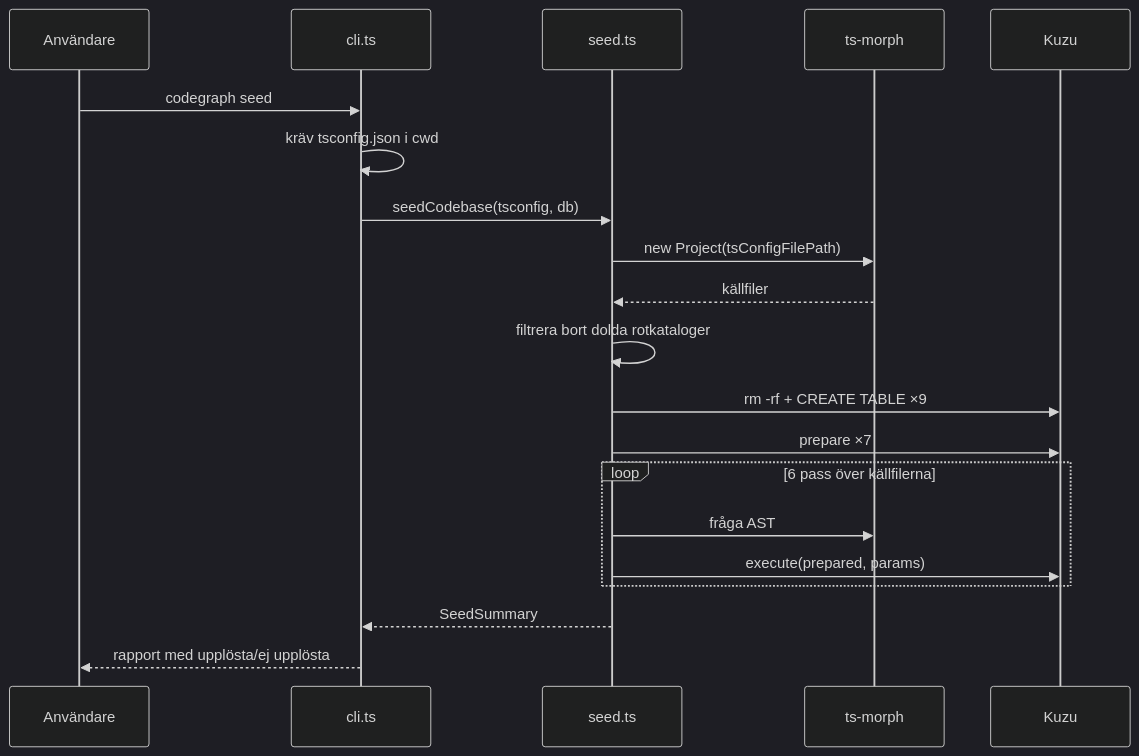
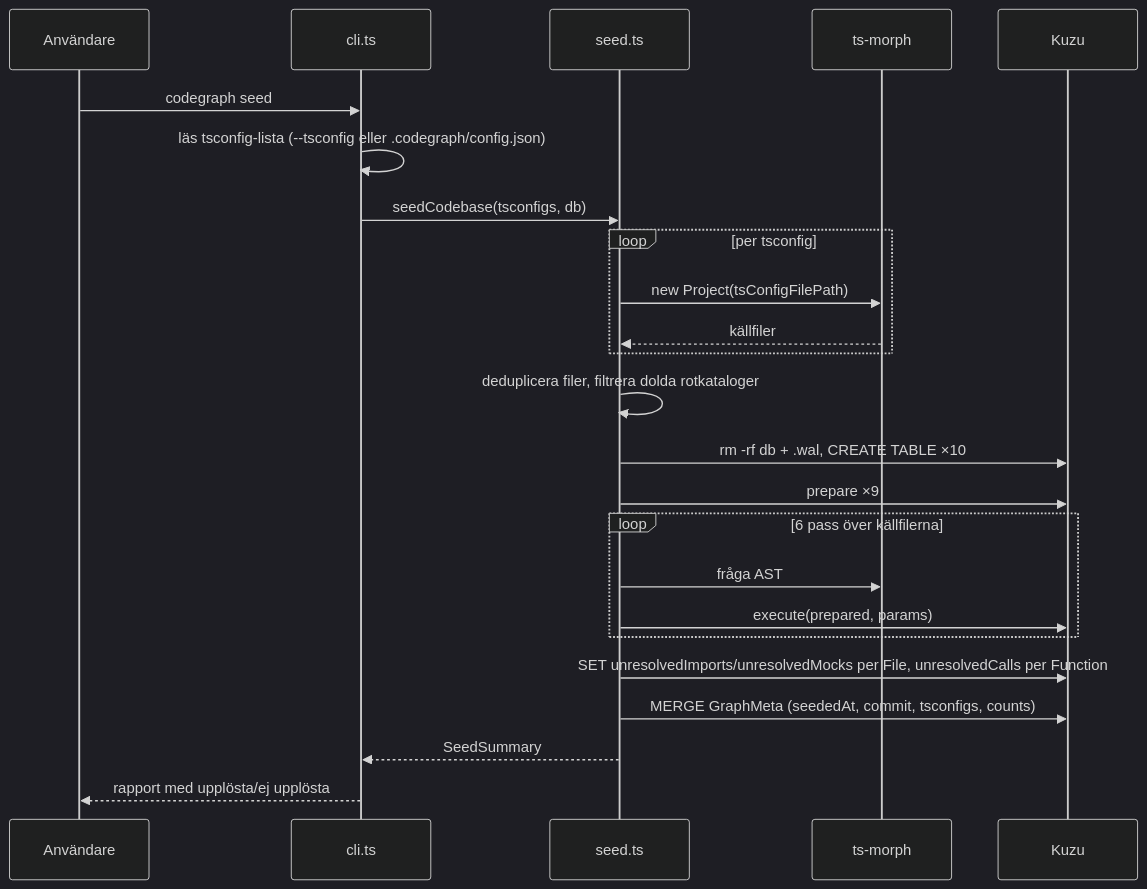
Before and after one commit to tullanders/CodeGraph: the third of 4 diagrams in docs/architecture.md, drawn with Mermaid (dark theme). The commit also changed other lines of this file, not shown here.

Commit message:
docs: update architecture document for the reader-router work

````diff
--- a/docs/architecture.md
+++ b/docs/architecture.md
@@ -181,23 +239,27 @@
 ```mermaid
 sequenceDiagram
     participant U as Användare
     participant C as cli.ts
     participant S as seed.ts
     participant M as ts-morph
     participant K as Kuzu
 
     U->>C: codegraph seed
-    C->>C: kräv tsconfig.json i cwd
-    C->>S: seedCodebase(tsconfig, db)
-    S->>M: new Project(tsConfigFilePath)
-    M-->>S: källfiler
-    S->>S: filtrera bort dolda rotkataloger
-    S->>K: rm -rf + CREATE TABLE ×9
-    S->>K: prepare ×7
+    C->>C: läs tsconfig-lista (--tsconfig eller .codegraph/config.json)
+    C->>S: seedCodebase(tsconfigs, db)
+    loop per tsconfig
+        S->>M: new Project(tsConfigFilePath)
+        M-->>S: källfiler
+    end
+    S->>S: deduplicera filer, filtrera dolda rotkataloger
+    S->>K: rm -rf db + .wal, CREATE TABLE ×10
+    S->>K: prepare ×9
     loop 6 pass över källfilerna
         S->>M: fråga AST
         S->>K: execute(prepared, params)
     end
+    S->>K: SET unresolvedImports/unresolvedMocks per File, unresolvedCalls per Function
+    S->>K: MERGE GraphMeta (seededAt, commit, tsconfigs, counts)
     S-->>C: SeedSummary
     C-->>U: rapport med upplösta/ej upplösta
 ```
````
